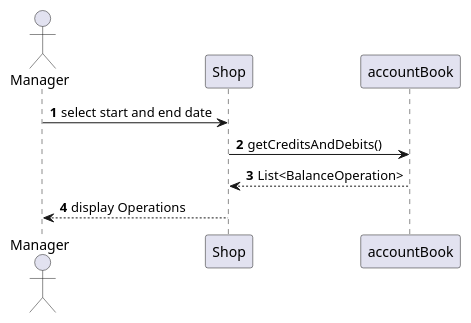
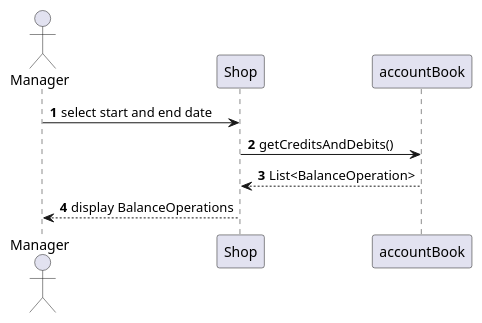
One commit to b3xul/ezshop changed diagram 19 of 19 in Deliverables/DesignDocument.md. Above: the diagram before and after it, drawn with PlantUML. The commit also changed other lines of this file and 1 other file, not shown here.

````diff
--- a/Deliverables/DesignDocument.md
+++ b/Deliverables/DesignDocument.md
@@ -628,15 +645,15 @@
 ```plantuml
 @startuml
 
 actor Manager 
 participant Shop
 participant accountBook
 
 autonumber
 Manager -> Shop : select start and end date
 Shop -> accountBook: getCreditsAndDebits()
 accountBook --> Shop: List<BalanceOperation>
-Shop --> Manager: display Operations
+Shop --> Manager: display BalanceOperations
 
 @enduml
 ```
````
